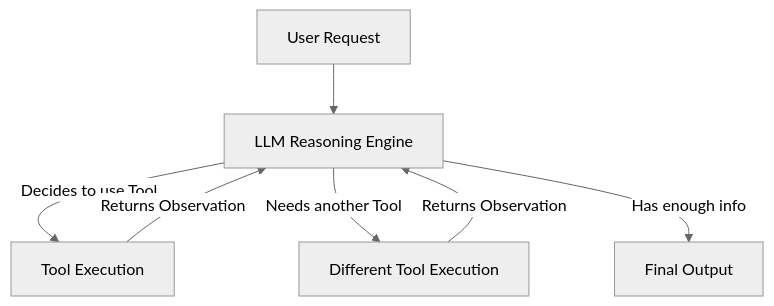
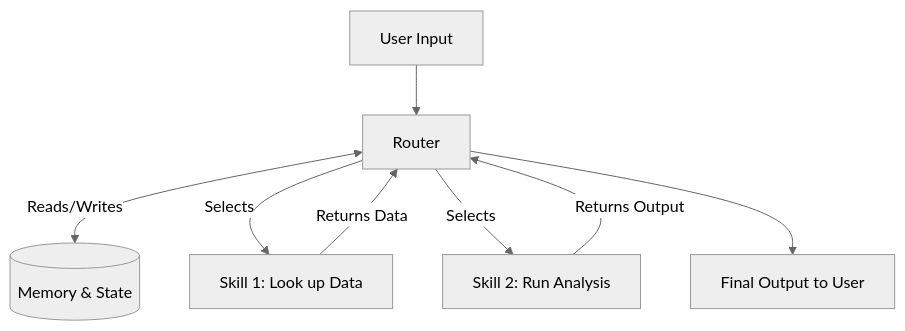
The sixth of 11 diagrams in AI Engineering/LLM/Agents and Workflows.md (Matheus-de-Mello-Vieira/backend-knowledge), drawn with Mermaid (neutral theme) before and after one commit. The commit also changed other lines of this file and 11 other files, not shown here.

````diff
--- a/AI Engineering/LLM/Agents and Workflows.md
+++ b/AI Engineering/LLM/Agents and Workflows.md
@@ -231,10 +244,10 @@
 ```mermaid
 flowchart TD
-    A[User Request] --> B[LLM Reasoning Engine]
-    B -->|Decides to use Tool| C[Tool Execution]
-    C -->|Returns Observation| B
-    B -->|Needs another Tool| D[Different Tool Execution]
-    D -->|Returns Observation| B
-    B -->|Has enough info| E[Final Output]
-
+    User[User Input] --> Router
+    Router <-->|Reads/Writes| Memory[(Memory & State)]
+    Router -->|Selects| Skill1[Skill 1: Look up Data]
+    Router -->|Selects| Skill2[Skill 2: Run Analysis]
+    Skill1 -->|Returns Data| Router
+    Skill2 -->|Returns Output| Router
+    Router --> Output[Final Output to User]
 ```
````
